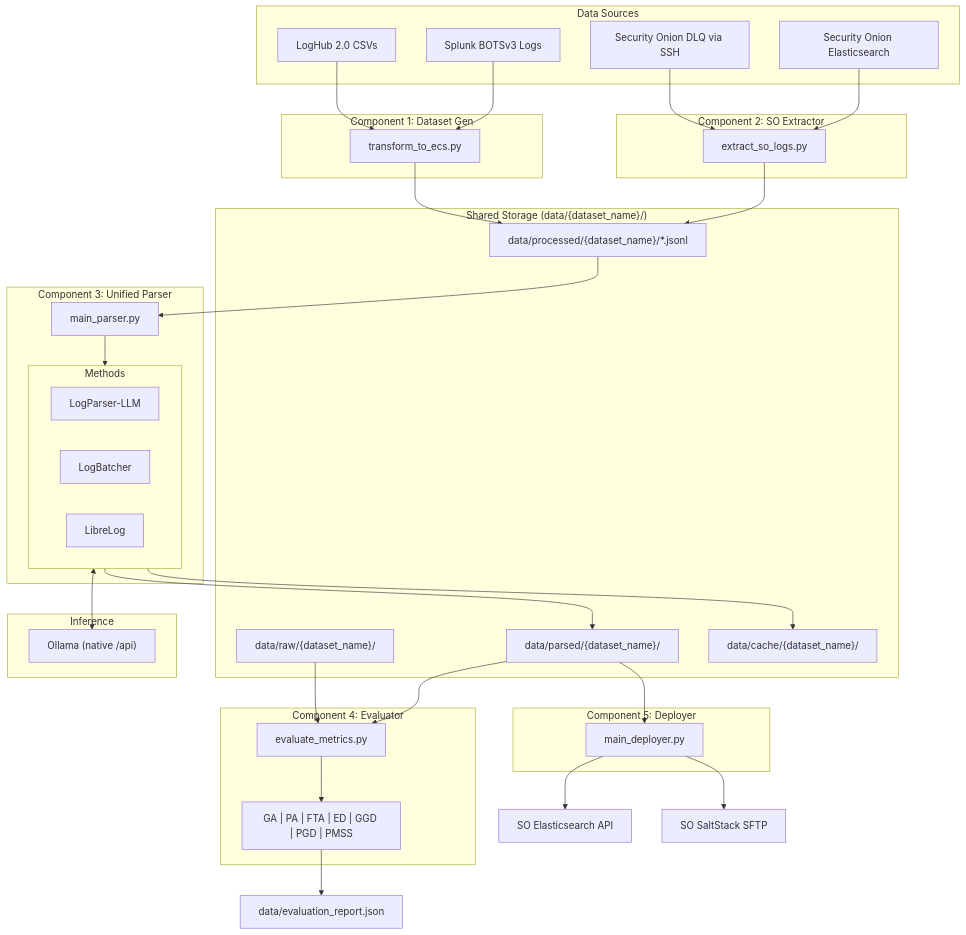
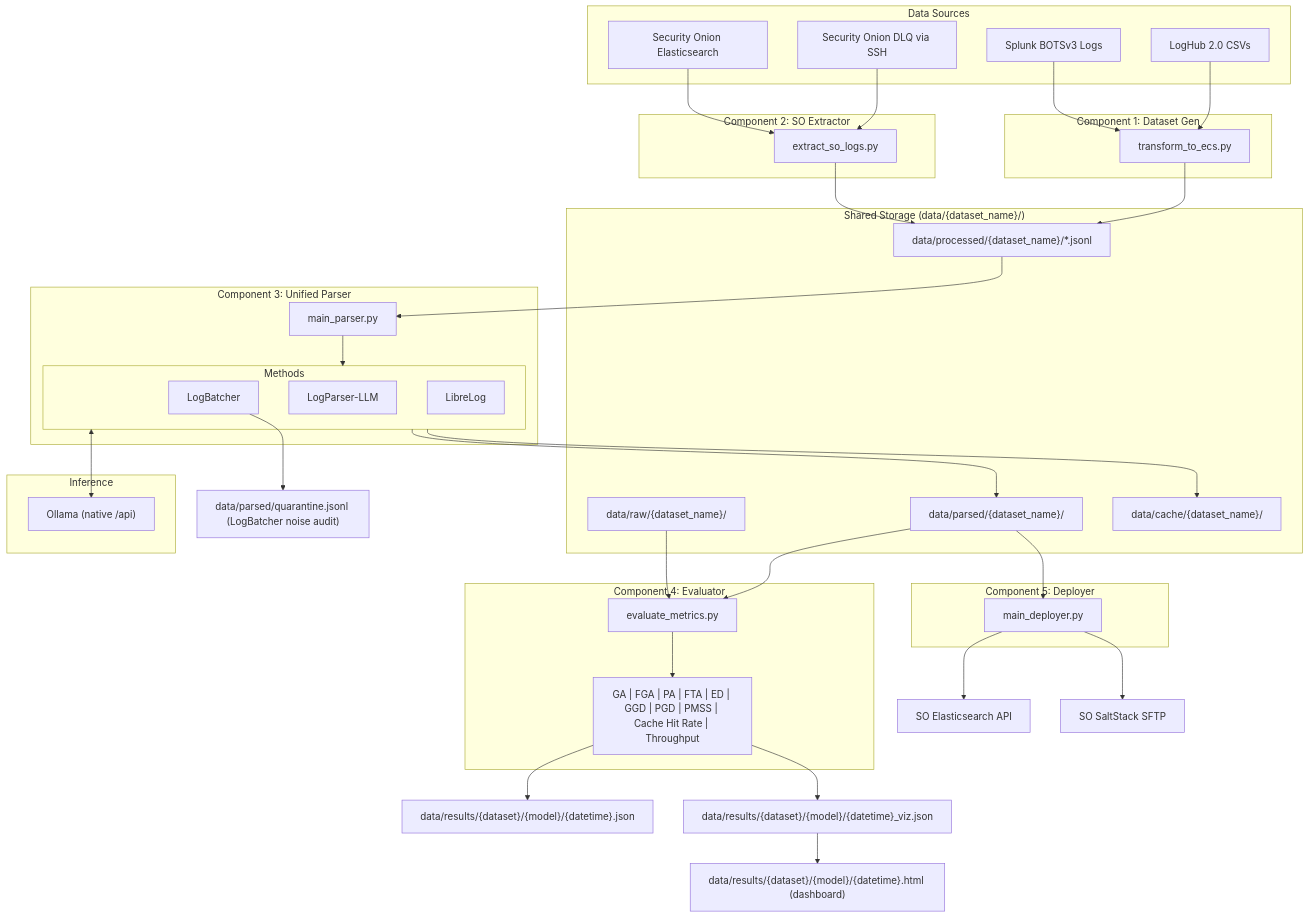
Before and after one commit to changchuhua/log-parser-pipeline: the diagram in README.md, drawn with Mermaid. The commit also changed other lines of this file and 28 other files, not shown here.

````diff
--- a/README.md
+++ b/README.md
@@ -9,71 +9,74 @@
 ```mermaid
 graph TD
     subgraph Data Sources
         LogHub[LogHub 2.0 CSVs]
         BOTS[Splunk BOTSv3 Logs]
         SO_DLQ[Security Onion DLQ via SSH]
         SO_ES[Security Onion Elasticsearch]
     end
 
     subgraph Component 1: Dataset Gen
         Ingest[transform_to_ecs.py]
     end
 
     subgraph Component 2: SO Extractor
         Extract[extract_so_logs.py]
     end
 
     subgraph "Shared Storage (data/{dataset_name}/)"
         Raw["data/raw/{dataset_name}/"]
         Processed["data/processed/{dataset_name}/*.jsonl"]
         Parsed["data/parsed/{dataset_name}/"]
         Cache["data/cache/{dataset_name}/"]
     end
 
     LogHub --> Ingest
     BOTS --> Ingest
     SO_DLQ --> Extract
     SO_ES --> Extract
     
     Ingest --> Processed
     Extract --> Processed
     
     subgraph Component 3: Unified Parser
         Parser[main_parser.py]
         
         subgraph Methods
             LP_LLM[LogParser-LLM]
             LB[LogBatcher]
             LL[LibreLog]
         end
     end
 
     Processed --> Parser
     Parser --> Methods
     
     subgraph Inference
         Ollama["Ollama (native /api)"]
     end
     
     Methods <--> Ollama
     Methods --> Parsed
     Methods --> Cache
+    LB --> Quarantine["data/parsed/quarantine.jsonl (LogBatcher noise audit)"]
     
     subgraph Component 4: Evaluator
         Eval[evaluate_metrics.py]
-        Metrics["GA | PA | FTA | ED | GGD | PGD | PMSS"]
+        Metrics["GA | FGA | PA | FTA | ED | GGD | PGD | PMSS | Cache Hit Rate | Throughput"]
     end
     
     Parsed --> Eval
     Raw --> Eval
     Eval --> Metrics
-    Metrics --> Report["data/evaluation_report.json"]
+    Metrics --> Report["data/results/{dataset}/{model}/{datetime}.json"]
+    Metrics --> Viz["data/results/{dataset}/{model}/{datetime}_viz.json"]
+    Viz --> HTML["data/results/{dataset}/{model}/{datetime}.html (dashboard)"]
 
     subgraph Component 5: Deployer
         Deploy[main_deployer.py]
     end
 
     Parsed --> Deploy
     Deploy --> SO_API[SO Elasticsearch API]
     Deploy --> SO_Salt[SO SaltStack SFTP]
 ```
````
